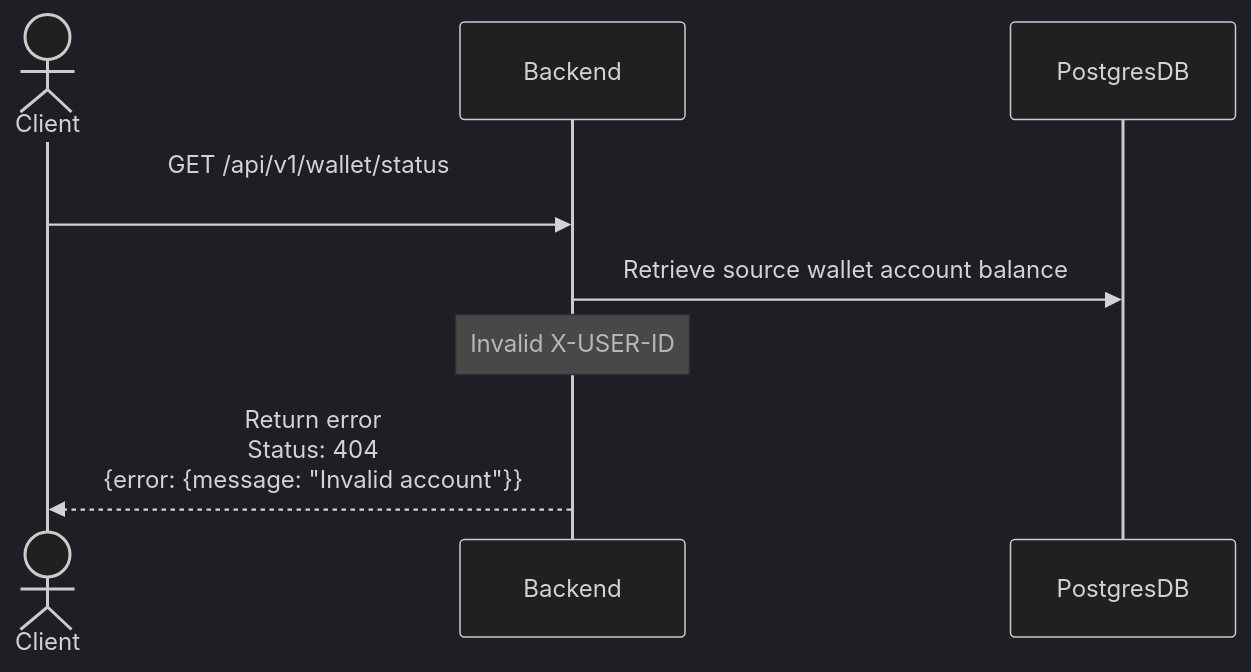
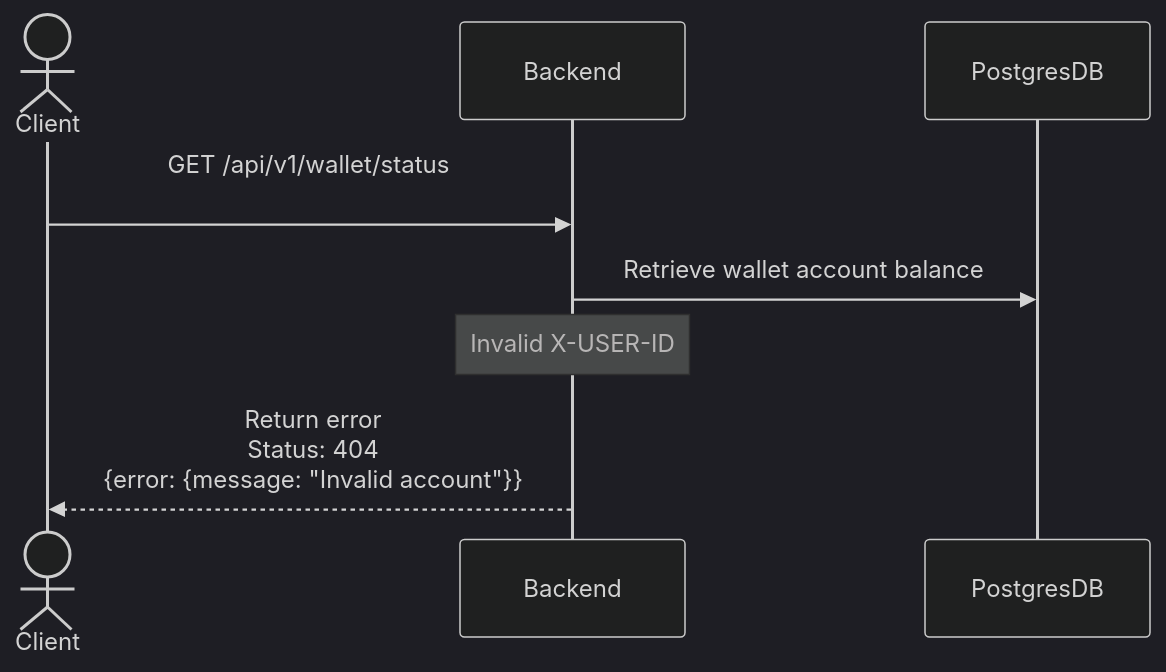
Before and after one commit to leeliwei930/walletassignment: the second of 2 diagrams in docs/scenarios/view_authenticated_user_wallet_status.md, drawn with Mermaid (dark theme). The commit also changed other lines of this file and 6 other files, not shown here.

````diff
--- a/docs/scenarios/view_authenticated_user_wallet_status.md
+++ b/docs/scenarios/view_authenticated_user_wallet_status.md
@@ -17,12 +17,11 @@
 ```mermaid
 sequenceDiagram
     actor Client
     participant Backend
     participant PostgresDB
 
     Client->>Backend: GET /api/v1/wallet/status<br/>
-    Backend->>PostgresDB: Retrieve source wallet account balance
+    Backend->>PostgresDB: Retrieve wallet account balance
     Note over Backend: Invalid X-USER-ID
-
     Backend-->>Client: Return error<br/>Status: 404<br/>{error: {message: "Invalid account"}}
 ```
````
